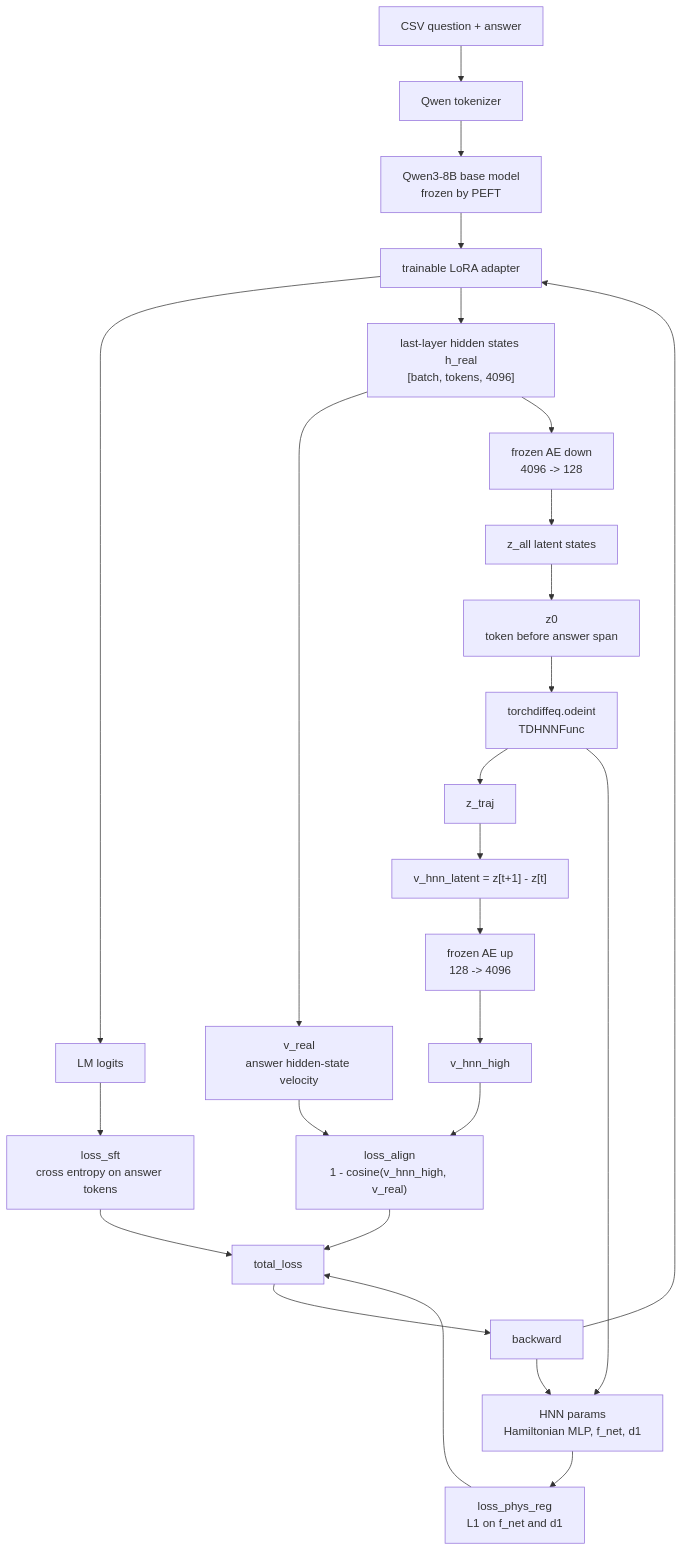
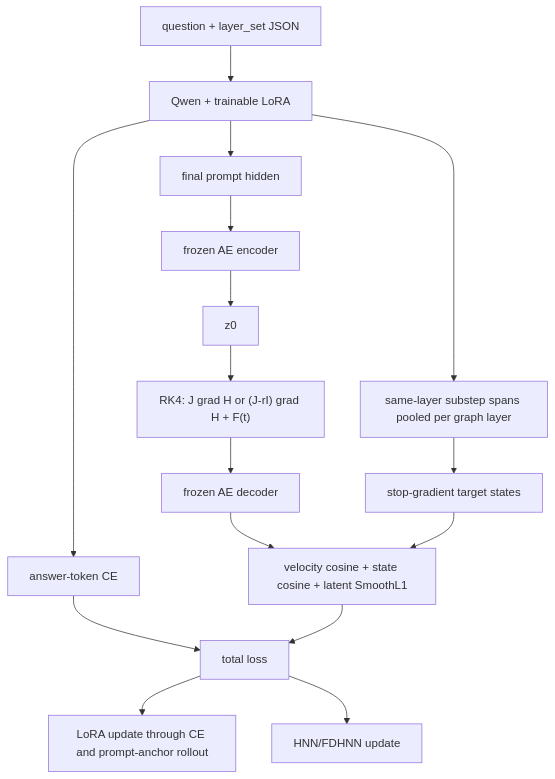
The diagram in docs/FRAMEWORK_A_BACKPROP.md (KingofLaniakea/ChatPathway2), drawn with Mermaid before and after one commit. The commit also changed other lines of this file and 97 other files, not shown here.

````diff
--- a/docs/FRAMEWORK_A_BACKPROP.md
+++ b/docs/FRAMEWORK_A_BACKPROP.md
@@ -19,31 +7,18 @@
 ```mermaid
 flowchart TD
-    D["CSV question + answer"] --> T["Qwen tokenizer"]
-    T --> M["Qwen3-8B base model<br/>frozen by PEFT"]
-    M --> L["trainable LoRA adapter"]
-    L --> Y["LM logits"]
-    Y --> LSFT["loss_sft<br/>cross entropy on answer tokens"]
-
-    L --> H["last-layer hidden states h_real<br/>[batch, tokens, 4096]"]
-    H --> VR["v_real<br/>answer hidden-state velocity"]
-    H --> AEdown["frozen AE down<br/>4096 -> 128"]
-    AEdown --> Z["z_all latent states"]
-    Z --> Z0["z0<br/>token before answer span"]
-    Z0 --> ODE["torchdiffeq.odeint<br/>TDHNNFunc"]
-    ODE --> ZTR["z_traj"]
-    ZTR --> VZ["v_hnn_latent = z[t+1] - z[t]"]
-    VZ --> AEup["frozen AE up<br/>128 -> 4096"]
-    AEup --> VH["v_hnn_high"]
-    VH --> LA["loss_align<br/>1 - cosine(v_hnn_high, v_real)"]
-    VR --> LA
-
-    ODE --> HNN["HNN params<br/>Hamiltonian MLP, f_net, d1"]
-    HNN --> LP["loss_phys_reg<br/>L1 on f_net and d1"]
-
-    LSFT --> LT["total_loss"]
-    LA --> LT
-    LP --> LT
-    LT --> B["backward"]
-    B --> L
-    B --> HNN
+  csv["question + layer_set JSON"] --> lm["Qwen + trainable LoRA"]
+  lm --> ce["answer-token CE"]
+  lm --> anchor["final prompt hidden"]
+  lm --> targets["same-layer substep spans pooled per graph layer"]
+  anchor --> down["frozen AE encoder"]
+  down --> z0["z0"]
+  z0 --> ode["RK4: J grad H or (J-rI) grad H + F(t)"]
+  ode --> decode["frozen AE decoder"]
+  targets --> stop["stop-gradient target states"]
+  decode --> aux["velocity cosine + state cosine + latent SmoothL1"]
+  stop --> aux
+  ce --> total["total loss"]
+  aux --> total
+  total --> lora["LoRA update through CE and prompt-anchor rollout"]
+  total --> dyn["HNN/FDHNN update"]
 ```
````
